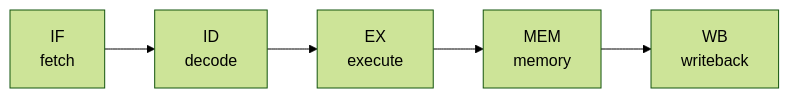
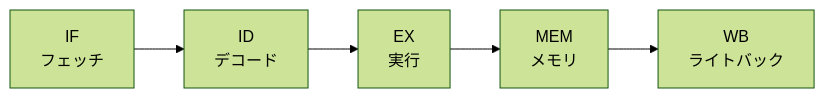
Before and after one commit to Kmila9s/Kmila: the diagram in Kmila.Shared/wwwroot/Learn/jp/cpu/01-cpu-overview.md, drawn with Mermaid (forest theme). The commit also changed other lines of this file and 207 other files, not shown here.

````diff
--- a/Kmila.Shared/wwwroot/Learn/jp/cpu/01-cpu-overview.md
+++ b/Kmila.Shared/wwwroot/Learn/jp/cpu/01-cpu-overview.md
@@ -5,4 +5,4 @@
 ```mermaid
 flowchart LR
-    IF["IF<br/>fetch"] --> ID["ID<br/>decode"] --> EX["EX<br/>execute"] --> MEM["MEM<br/>memory"] --> WB["WB<br/>writeback"]
+    IF["IF<br/>フェッチ"] --> ID["ID<br/>デコード"] --> EX["EX<br/>実行"] --> MEM["MEM<br/>メモリ"] --> WB["WB<br/>ライトバック"]
 ```
````
